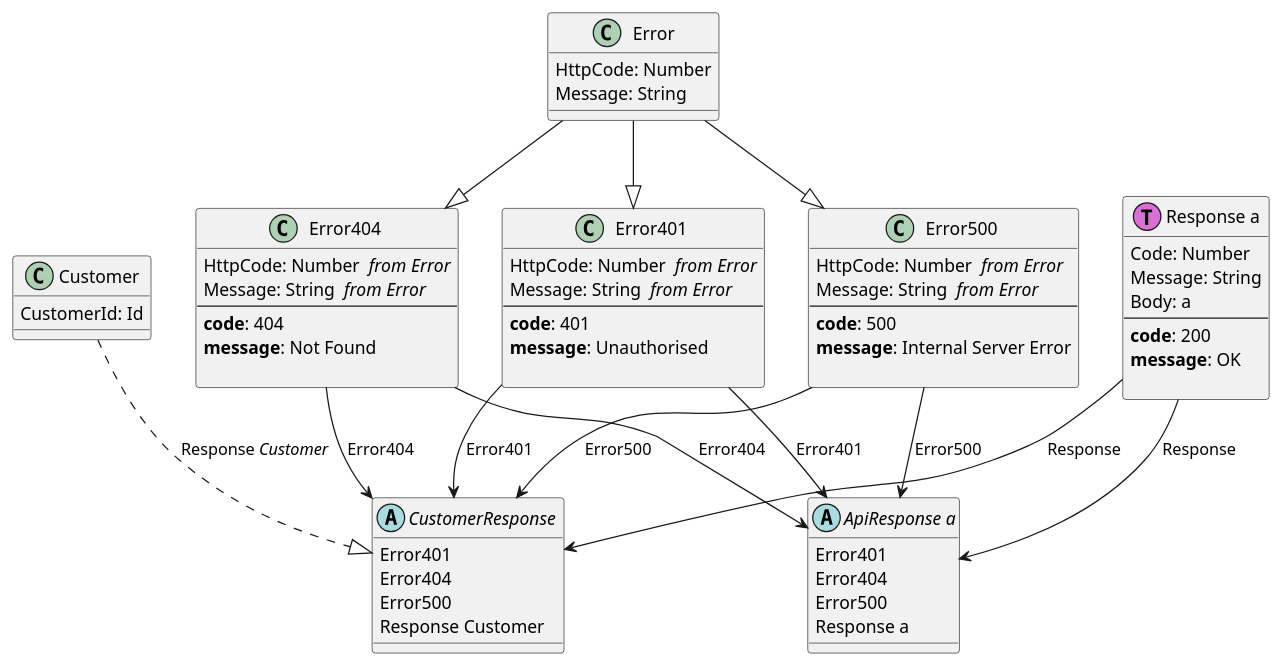
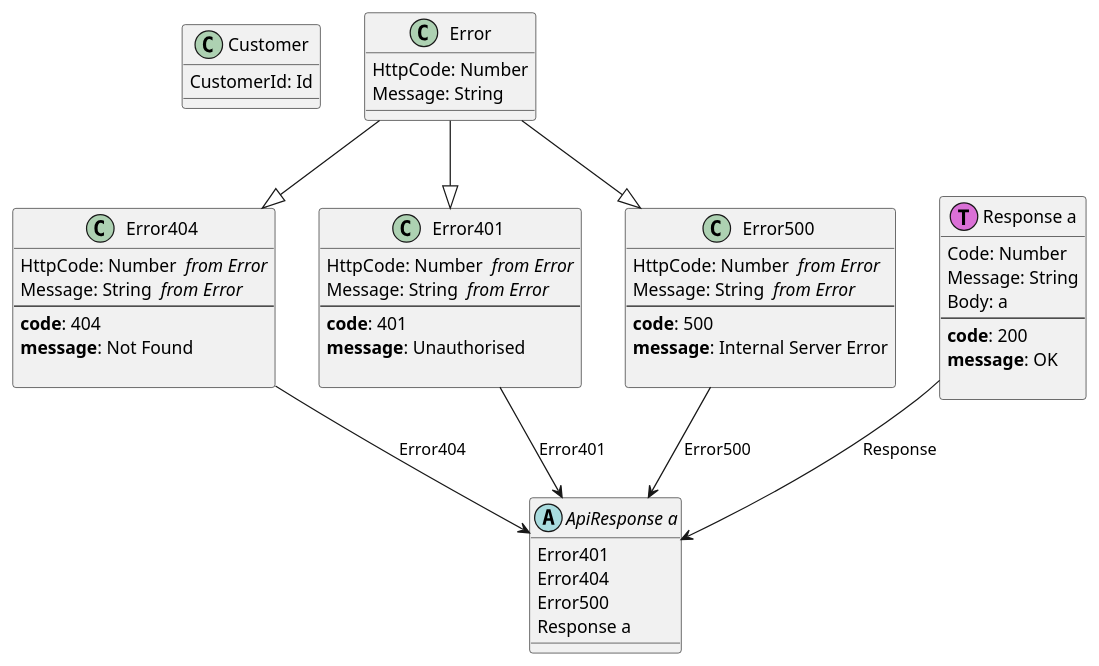
One commit to Baudin999/car-lang changed the diagram in Examples/.out/Request/Request.puml. Above: the diagram before and after it, drawn with PlantUML. The commit also changed 63 other files, not shown here.

```diff
--- a/Examples/.out/Request/Request.puml
+++ b/Examples/.out/Request/Request.puml
@@ -1,64 +1,53 @@
 class "Customer" as Customer  {
 	CustomerId: Id 
 }
 class "Error" as Error  {
 	HttpCode: Number 
 	Message: String 
 }
 class "Error404 " as Error404  {
 	HttpCode: Number  <i>from Error</i>
 	Message: String  <i>from Error</i>
 --
   <b>code</b>: 404
 <b>message</b>: Not Found
     
 }
 Error --|> Error404
 class "Error401 " as Error401  {
 	HttpCode: Number  <i>from Error</i>
 	Message: String  <i>from Error</i>
 --
   <b>code</b>: 401
 <b>message</b>: Unauthorised
     
 }
 Error --|> Error401
 class "Error500 " as Error500  {
 	HttpCode: Number  <i>from Error</i>
 	Message: String  <i>from Error</i>
 --
   <b>code</b>: 500
 <b>message</b>: Internal Server Error
     
 }
 Error --|> Error500
 class "Response a" as Response << (T,orchid) >> {
 	Code: Number 
 	Message: String 
 	Body: a 
 --
   <b>code</b>: 200
 <b>message</b>: OK
     
 }
 abstract "ApiResponse a" as ApiResponse {
 	Error401 
 	Error404 
 	Error500 
 	Response a
 }
 Error401 --> ApiResponse : Error401
 Error404 --> ApiResponse : Error404
 Error500 --> ApiResponse : Error500
 Response --> ApiResponse : Response
-abstract "CustomerResponse " as CustomerResponse {
-	Error401 
-	Error404 
-	Error500 
-	Response Customer
-}
-Error401 --> CustomerResponse : Error401
-Error404 --> CustomerResponse : Error404
-Error500 --> CustomerResponse : Error500
-Response --> CustomerResponse : Response
-Customer ..|> CustomerResponse : Response <i>Customer</i>
```
